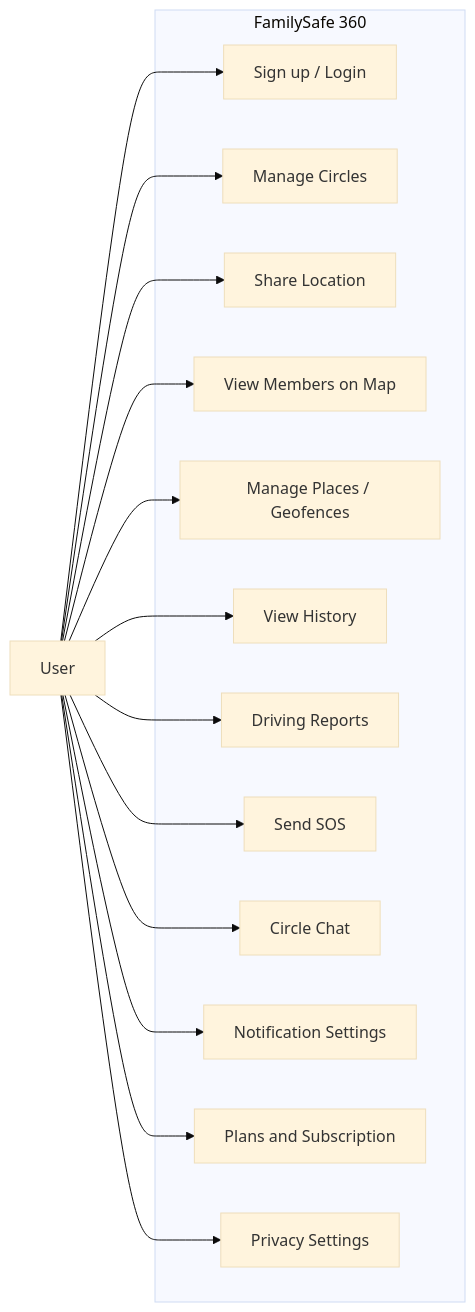
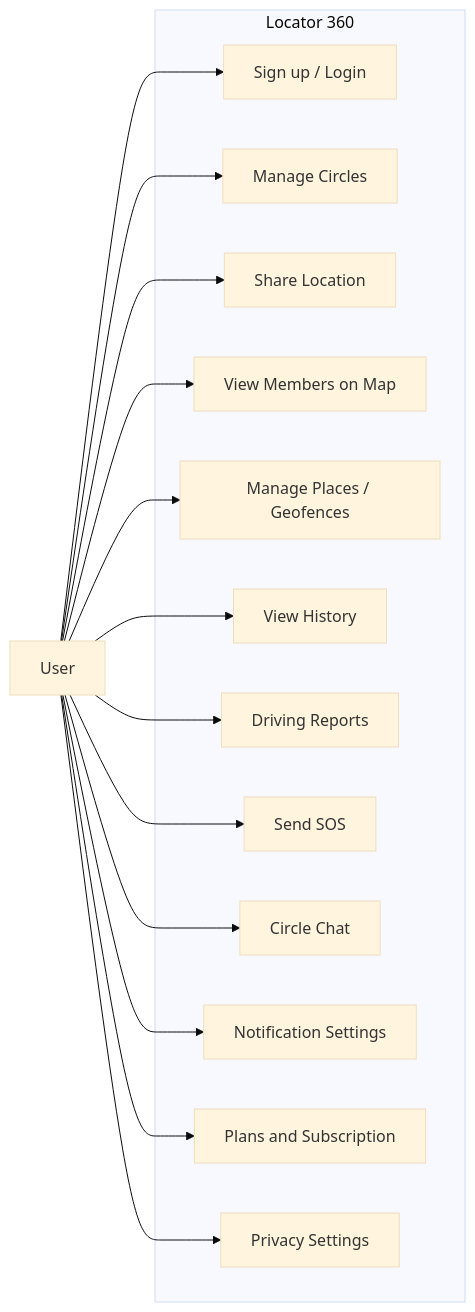
One commit to romanzini/locator360 changed the second of 8 diagrams in Docs/diagrams.md. Above: the diagram before and after it, drawn with Mermaid (base theme). The commit also changed other lines of this file and 10 other files, not shown here.

````diff
--- a/Docs/diagrams.md
+++ b/Docs/diagrams.md
@@ -48,32 +48,32 @@
 ```mermaid
 graph LR
   actorUser[User]
 
-  subgraph System[FamilySafe 360]
+  subgraph System[Locator 360]
     UC1[Sign up / Login]
     UC2[Manage Circles]
     UC3[Share Location]
     UC4[View Members on Map]
     UC5[Manage Places / Geofences]
     UC6[View History]
     UC7[Driving Reports]
     UC8[Send SOS]
     UC9[Circle Chat]
     UC10[Notification Settings]
     UC11[Plans and Subscription]
     UC12[Privacy Settings]
   end
 
   actorUser --> UC1
   actorUser --> UC2
   actorUser --> UC3
   actorUser --> UC4
   actorUser --> UC5
   actorUser --> UC6
   actorUser --> UC7
   actorUser --> UC8
   actorUser --> UC9
   actorUser --> UC10
   actorUser --> UC11
   actorUser --> UC12
 ```
````
